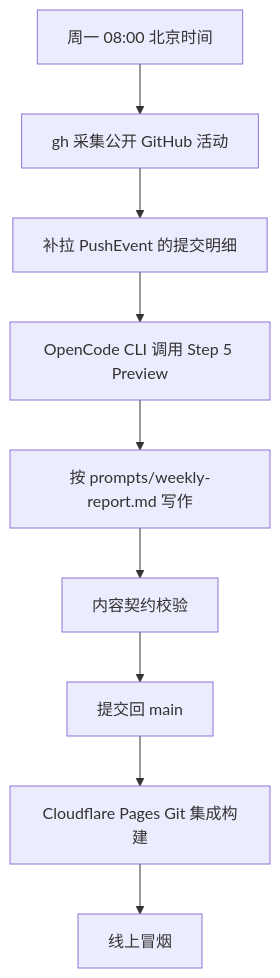
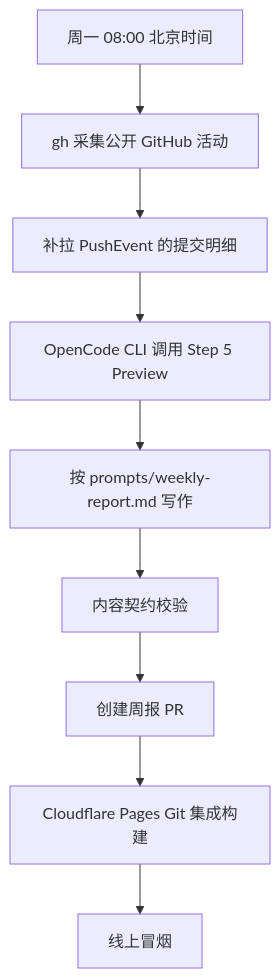
One commit to 3y3y3y-huaiji/hugo-blog-loveit-theme changed the diagram in content/about/index.md. Above: the diagram before and after it, drawn with Mermaid. The commit also changed 7 other files, not shown here.

````diff
--- a/content/about/index.md
+++ b/content/about/index.md
@@ -22,11 +22,11 @@
 ```mermaid
 graph TD
     A[周一 08:00 北京时间] --> B[gh 采集公开 GitHub 活动]
     B --> C[补拉 PushEvent 的提交明细]
     C --> D[OpenCode CLI 调用 Step 5 Preview]
     D --> E[按 prompts/weekly-report.md 写作]
     E --> F[内容契约校验]
-    F --> G[提交回 main]
+    F --> G[创建周报 PR]
     G --> H[Cloudflare Pages Git 集成构建]
     H --> I[线上冒烟]
 ```
````
